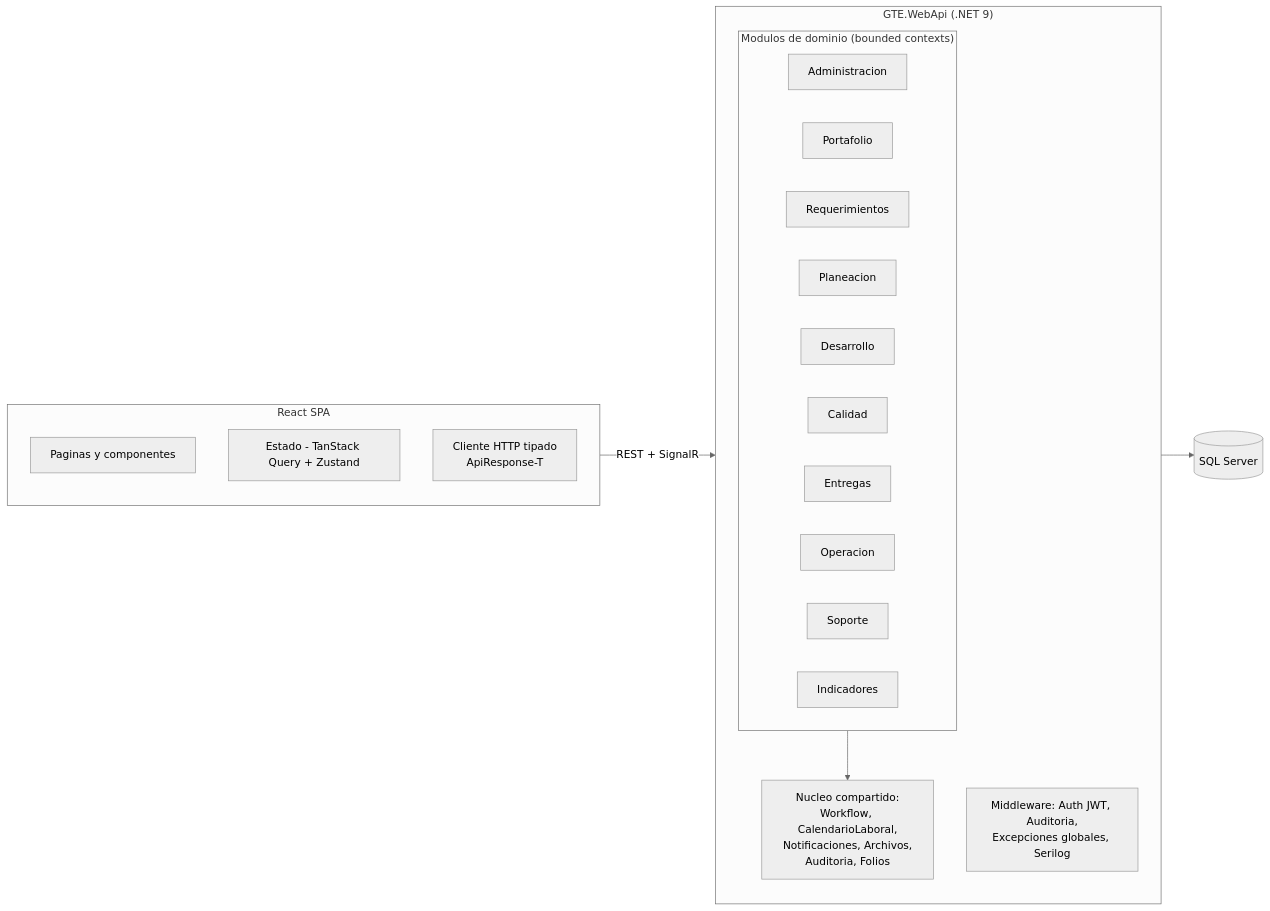
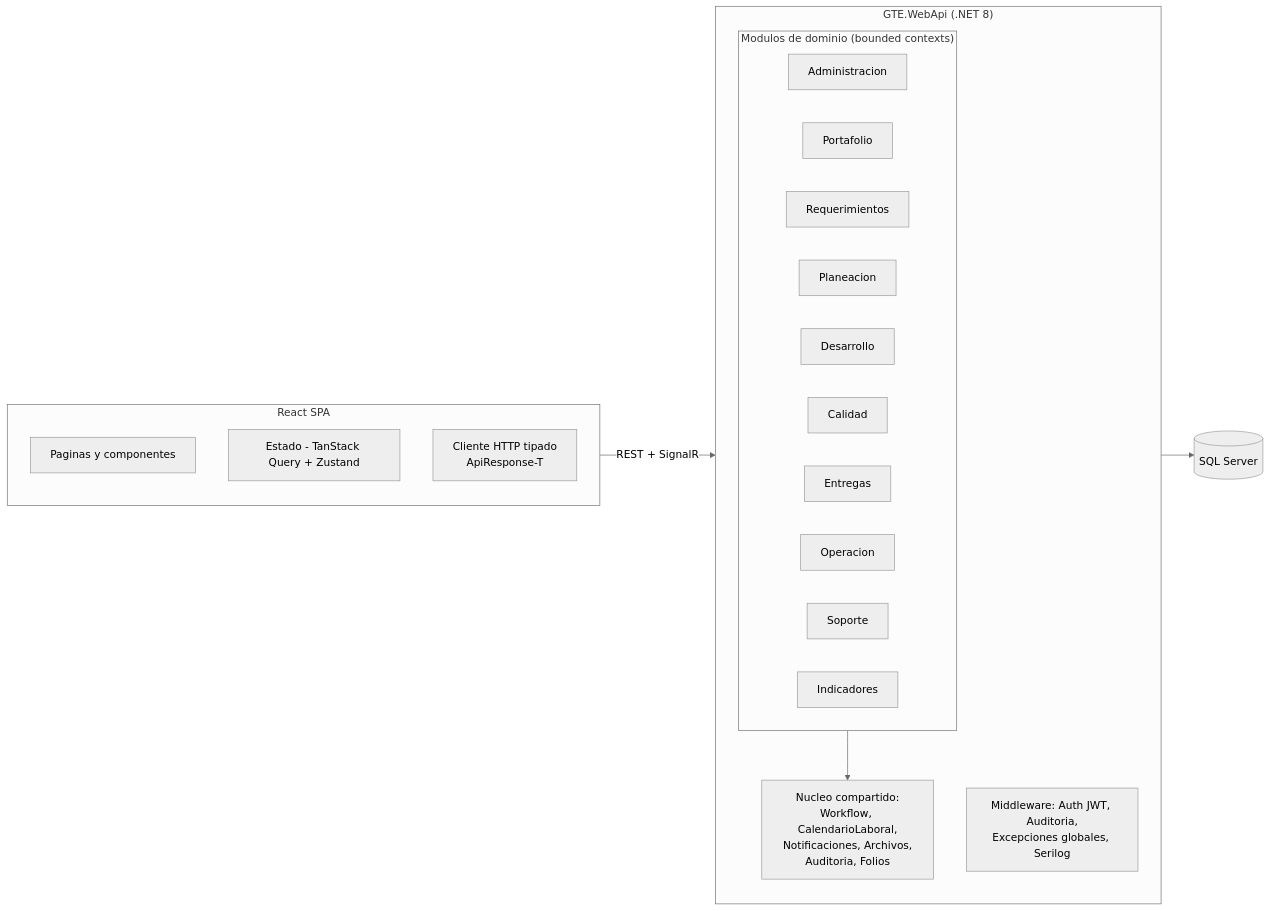
The third of 16 diagrams in Doctos/GTE-DocumentoMaestro.md (Ocegueda23/GP-GTE), drawn with Mermaid (neutral theme) before and after one commit. The commit also changed other lines of this file and 24 other files, not shown here.

````diff
--- a/Doctos/GTE-DocumentoMaestro.md
+++ b/Doctos/GTE-DocumentoMaestro.md
@@ -215,30 +215,30 @@
 ```mermaid
 flowchart LR
     subgraph Frontend["React SPA"]
         UI[Paginas y componentes]
         ST[Estado - TanStack Query + Zustand]
         HTTPC[Cliente HTTP tipado<br/>ApiResponse-T]
     end
 
-    subgraph Backend["GTE.WebApi (.NET 9)"]
+    subgraph Backend["GTE.WebApi (.NET 8)"]
         direction TB
         MW[Middleware: Auth JWT, Auditoria,<br/>Excepciones globales, Serilog]
         subgraph Modulos["Modulos de dominio (bounded contexts)"]
             M1[Administracion]
             M2[Portafolio]
             M3[Requerimientos]
             M4[Planeacion]
             M5[Desarrollo]
             M6[Calidad]
             M7[Entregas]
             M8[Operacion]
             M9[Soporte]
             M10[Indicadores]
         end
         SHARED[Nucleo compartido:<br/>Workflow, CalendarioLaboral,<br/>Notificaciones, Archivos,<br/>Auditoria, Folios]
     end
 
     Frontend -->|REST + SignalR| Backend
     Modulos --> SHARED
     Backend --> BD[(SQL Server)]
 ```
````
